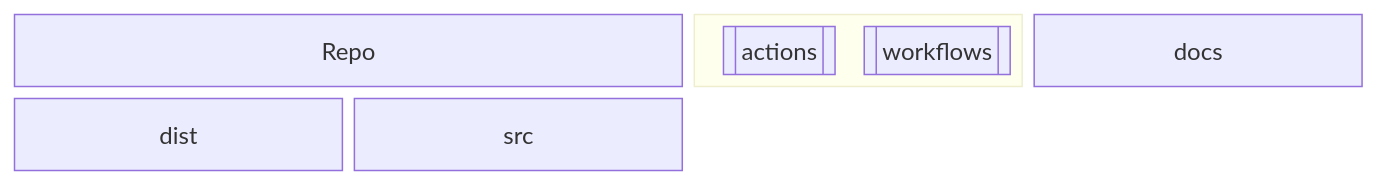
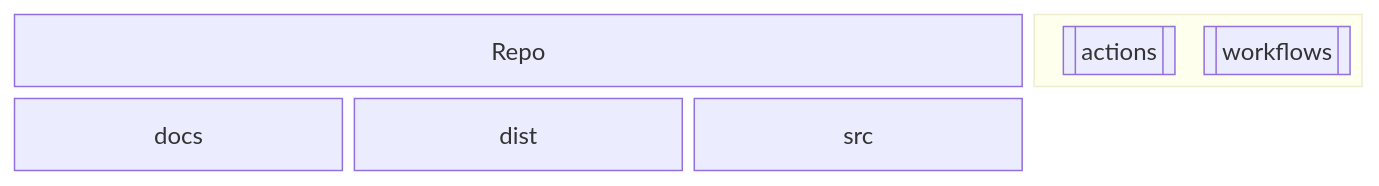
Before and after one commit to Zheng-Bote/repo-template: the first of 3 diagrams in README.md, drawn with Mermaid. The commit also changed other lines of this file, not shown here.

Commit message:
fix: Mermaid extended

````diff
--- a/README.md
+++ b/README.md
@@ -184,11 +187,11 @@
 ```mermaid
 block-beta
   columns 4
-  Repo:2
+  Repo:3
   block:group1:1
     columns 2
       id1[["actions"]]
       id2[["workflows"]]
   end
   docs dist src
 ```
````
